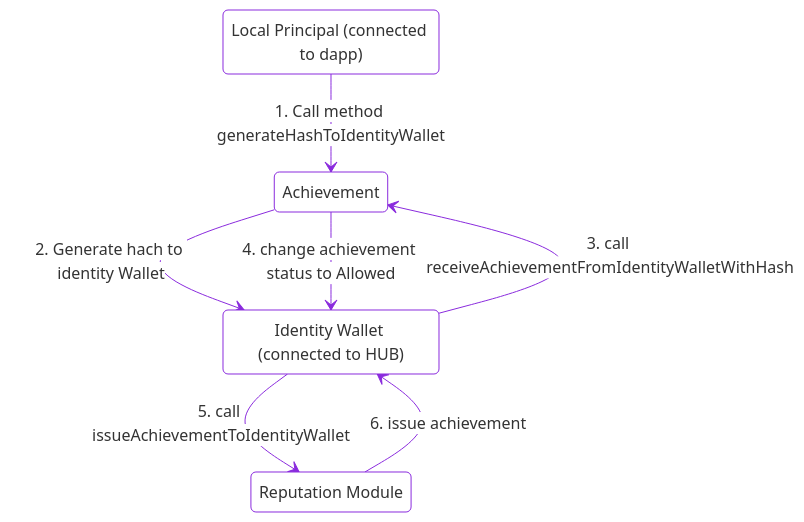
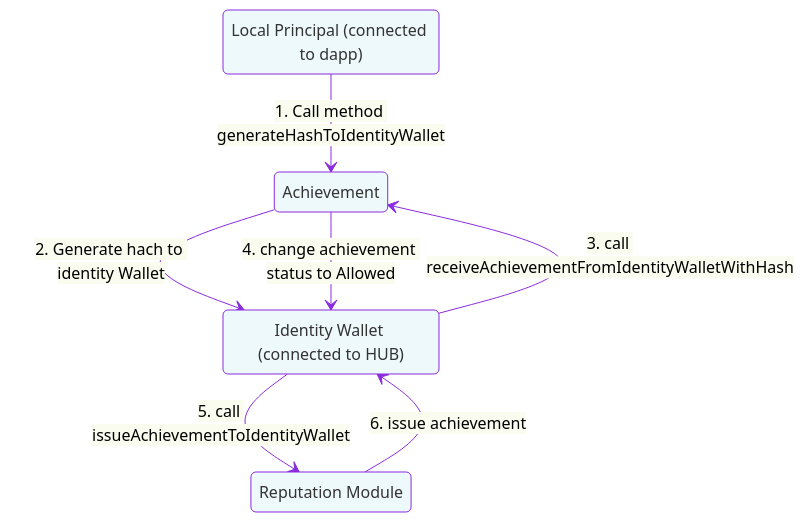
One commit to relinkd/public-achievements changed the first of 2 diagrams in README.md. Above: the diagram before and after it, drawn with Mermaid.

Commit message:
Update README.md
minor mermaid upd

````diff
--- a/README.md
+++ b/README.md
@@ -87,33 +87,32 @@
 ```mermaid
 
 
 
 %%{init: {
   'theme': 'base',
   'themeVariables': {
-    'primaryColor': '#ffffff',
+    'primaryColor': '#EEF9FC',
+    'darkMode': false,    
     'primaryBorderColor': '#8A2BDD',
     'lineColor': '#8A2BDD',
-    'textColor': '#333',
-    'primaryBorderWidth': '6px',
-    'edgeLabelBackground': '#ffffff',
+    'textColor': 'black',
     'arrowheadColor': '#8A2BDD'
   }
 }}%%
 stateDiagram-v2
     state "Local Principal (connected to dapp)" as A1 
     state "Reputation Module" as D1
     state "Identity Wallet (connected to HUB)" as C1
     state "Achievement" as B1
     
     A1 --> B1 : 1. Call method generateHashToIdentityWallet
     B1 --> C1 : 2. Generate hach to identity Wallet
     C1 --> B1 : 3. call receiveAchievementFromIdentityWalletWithHash
     B1 --> C1 : 4. change achievement status to Allowed
     C1 --> D1 : 5. call issueAchievementToIdentityWallet
     D1 --> C1 : 6. issue achievement
 
 
 
 
 ```
````
